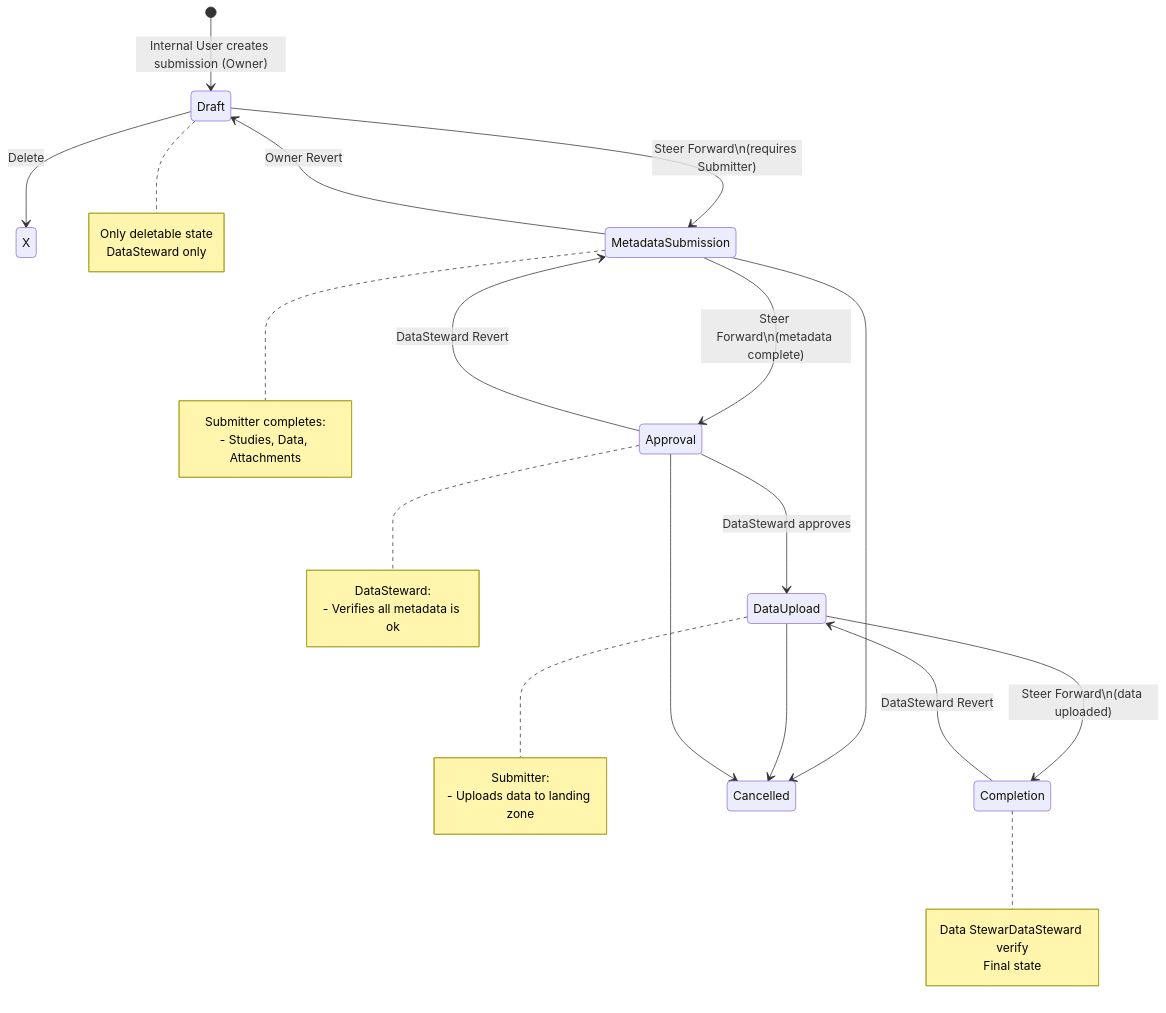
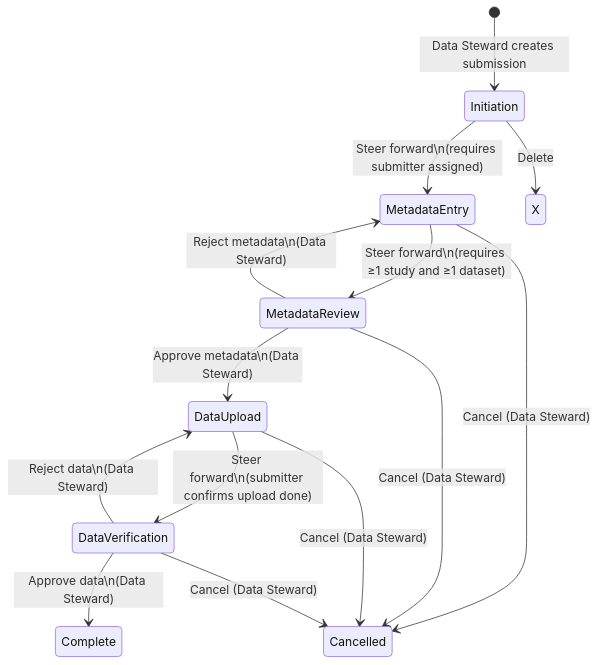
One commit to elixir-luxembourg/dss changed the diagram in docs/user-guide/submission-states.md. Above: the diagram before and after it, drawn with Mermaid. The commit also changed other lines of this file, not shown here.

Commit message:
update submission states to reflect the current code

````diff
--- a/docs/user-guide/submission-states.md
+++ b/docs/user-guide/submission-states.md
@@ -6,44 +5,20 @@
 ```mermaid
 stateDiagram-v2
-    [*] --> Draft: Internal User creates submission (Owner)
-    Draft --> X: Delete
-    Draft --> MetadataSubmission: Steer Forward\n(requires Submitter)
-    MetadataSubmission --> Draft: Owner Revert
+    [*] --> Initiation: Data Steward creates submission
 
-    MetadataSubmission --> Approval: Steer Forward\n(metadata complete)
-    Approval --> DataUpload: DataSteward approves
-    
-    Approval --> MetadataSubmission: DataSteward Revert
+    Initiation --> MetadataEntry: Steer forward\n(requires submitter assigned)
+    Initiation --> X: Delete
 
-    DataUpload --> Completion: Steer Forward\n(data uploaded)
-    Completion --> DataUpload: DataSteward Revert
+    MetadataEntry --> MetadataReview: Steer forward\n(requires ≥1 study and ≥1 dataset)
+    MetadataReview --> DataUpload: Approve metadata\n(Data Steward)
+    MetadataReview --> MetadataEntry: Reject metadata\n(Data Steward)
 
-    MetadataSubmission --> Cancelled
-    DataUpload --> Cancelled
-    Approval --> Cancelled
+    DataUpload --> DataVerification: Steer forward\n(submitter confirms upload done)
+    DataVerification --> Complete: Approve data\n(Data Steward)
+    DataVerification --> DataUpload: Reject data\n(Data Steward)
 
-    note right of Draft
-        Only deletable state
-        DataSteward only
-    end note
-
-    note right of MetadataSubmission
-        Submitter completes:
-        - Studies, Data, Attachments
-    end note
-
-    note right of Approval
-        DataSteward:
-        - Verifies all metadata is ok
-    end note
-
-    note right of DataUpload
-        Submitter:
-        - Uploads data to landing zone
-    end note
-
-    note right of Completion
-        Data StewarDataSteward verify
-        Final state
-    end note
+    MetadataEntry --> Cancelled: Cancel (Data Steward)
+    MetadataReview --> Cancelled: Cancel (Data Steward)
+    DataUpload --> Cancelled: Cancel (Data Steward)
+    DataVerification --> Cancelled: Cancel (Data Steward)
 ```
````
